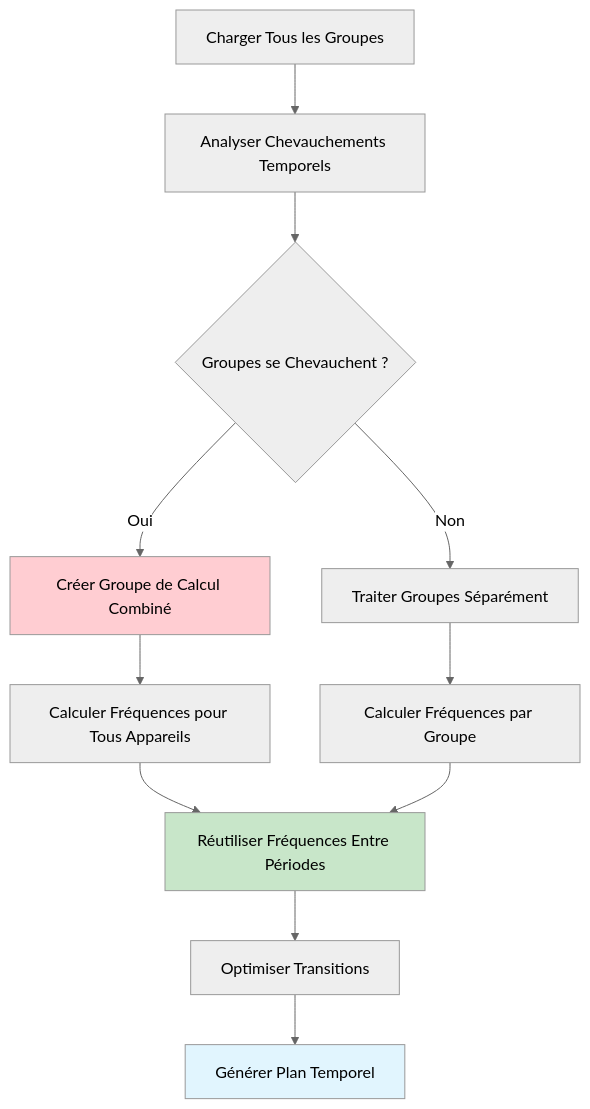
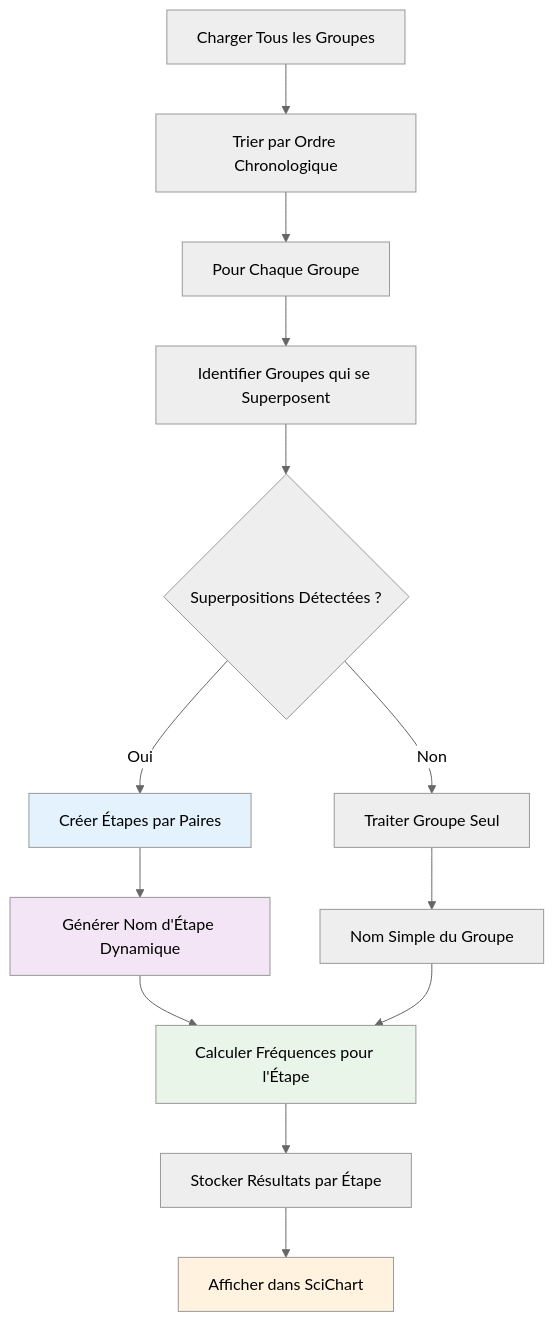
One commit to Beatwen/RF_Go changed the third of 4 diagrams in docusaurus/docs/features/time-management.md. Above: the diagram before and after it, drawn with Mermaid (neutral theme). The commit also changed other lines of this file and 17 other files, not shown here.

````diff
--- a/docusaurus/docs/features/time-management.md
+++ b/docusaurus/docs/features/time-management.md
@@ -99,21 +136,24 @@
 ```mermaid
 graph TD
-    A[Charger Tous les Groupes] --> B[Analyser Chevauchements Temporels]
-    B --> C{Groupes se Chevauchent ?}
+    A[Charger Tous les Groupes] --> B[Trier par Ordre Chronologique]
+    B --> C[Pour Chaque Groupe]
+    C --> D[Identifier Groupes qui se Superposent]
     
-    C -->|Oui| D[Créer Groupe de Calcul Combiné]
-    C -->|Non| E[Traiter Groupes Séparément]
+    D --> E{Superpositions Détectées ?}
+    E -->|Oui| F[Créer Étapes par Paires]
+    E -->|Non| G[Traiter Groupe Seul]
     
-    D --> F[Calculer Fréquences pour Tous Appareils]
-    E --> G[Calculer Fréquences par Groupe]
+    F --> H[Générer Nom d'Étape Dynamique]
+    G --> I[Nom Simple du Groupe]
     
-    F --> H[Réutiliser Fréquences Entre Périodes]
-    G --> H
+    H --> J[Calculer Fréquences pour l'Étape]
+    I --> J
     
-    H --> I[Optimiser Transitions]
-    I --> J[Générer Plan Temporel]
+    J --> K[Stocker Résultats par Étape]
+    K --> L[Afficher dans SciChart]
     
-    style D fill:#ffcdd2
-    style H fill:#c8e6c9
-    style J fill:#e1f5fe
+    style F fill:#e3f2fd
+    style H fill:#f3e5f5
+    style J fill:#e8f5e8
+    style L fill:#fff3e0
 ```
````
